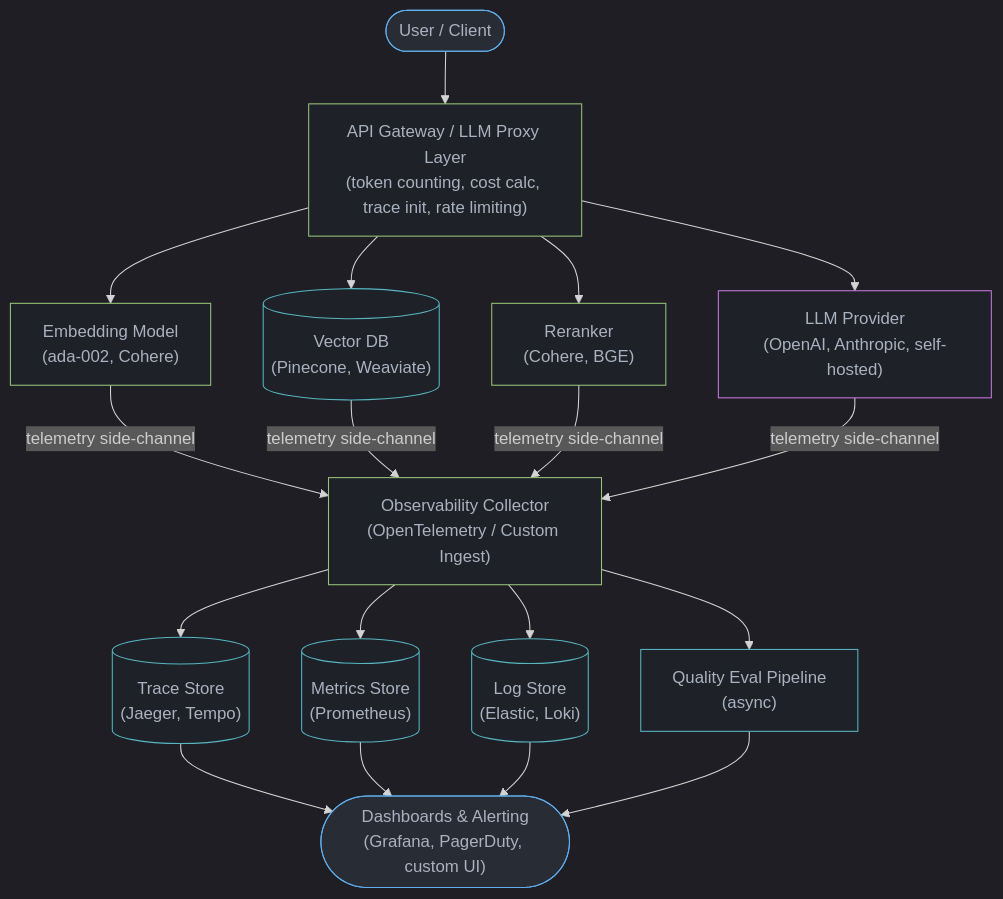
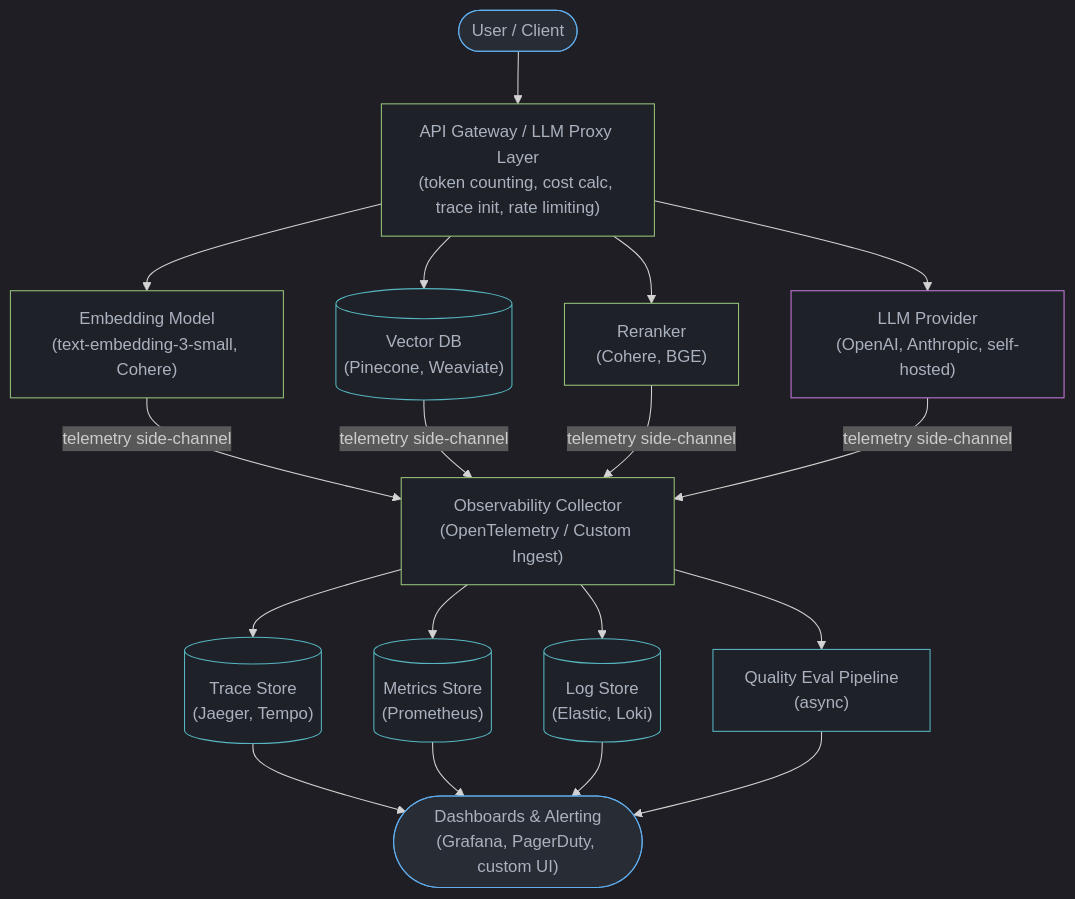
Before and after one commit to rppol/system-design: the first of 3 diagrams in src/main/java/com/rutik/systemdesign/llm/llm_observability_and_monitoring/README.md, drawn with Mermaid. The commit also changed other lines of this file and 113 other files, not shown here.

````diff
--- a/src/main/java/com/rutik/systemdesign/llm/llm_observability_and_monitoring/README.md
+++ b/src/main/java/com/rutik/systemdesign/llm/llm_observability_and_monitoring/README.md
@@ -212,30 +213,30 @@
 ```mermaid
 %%{init: {'flowchart': {'curve': 'basis'}, 'theme': 'dark'}}%%
 flowchart TD
     User([User / Client]) --> Gateway
     Gateway["API Gateway / LLM Proxy Layer\n(token counting, cost calc, trace init, rate limiting)"] --> Embed & VDB & Rerank & LLMProv
-    Embed["Embedding Model\n(ada-002, Cohere)"]
+    Embed["Embedding Model\n(text-embedding-3-small, Cohere)"]
     VDB[("Vector DB\n(Pinecone, Weaviate)")]
     Rerank["Reranker\n(Cohere, BGE)"]
     LLMProv["LLM Provider\n(OpenAI, Anthropic, self-hosted)"]
     Embed & VDB & Rerank & LLMProv -- "telemetry side-channel" --> Collector
     Collector["Observability Collector\n(OpenTelemetry / Custom Ingest)"] --> TraceStore & MetricsStore & LogStore & QualEval
     TraceStore[("Trace Store\n(Jaeger, Tempo)")]
     MetricsStore[("Metrics Store\n(Prometheus)")]
     LogStore[("Log Store\n(Elastic, Loki)")]
     QualEval["Quality Eval Pipeline\n(async)"]
     TraceStore & MetricsStore & LogStore & QualEval --> Dashboard(["Dashboards & Alerting\n(Grafana, PagerDuty, custom UI)"])
 
     classDef io     fill:#282c34,stroke:#61afef,color:#abb2bf
     classDef proc   fill:#1e2127,stroke:#98c379,color:#abb2bf
     classDef llm    fill:#1e2127,stroke:#c678dd,color:#abb2bf
     classDef store  fill:#1e2127,stroke:#56b6c2,color:#abb2bf
 
     class User,Dashboard io
     class Gateway proc
     class Embed,Rerank proc
     class VDB store
     class LLMProv llm
     class Collector proc
     class TraceStore,MetricsStore,LogStore,QualEval store
 ```
````
